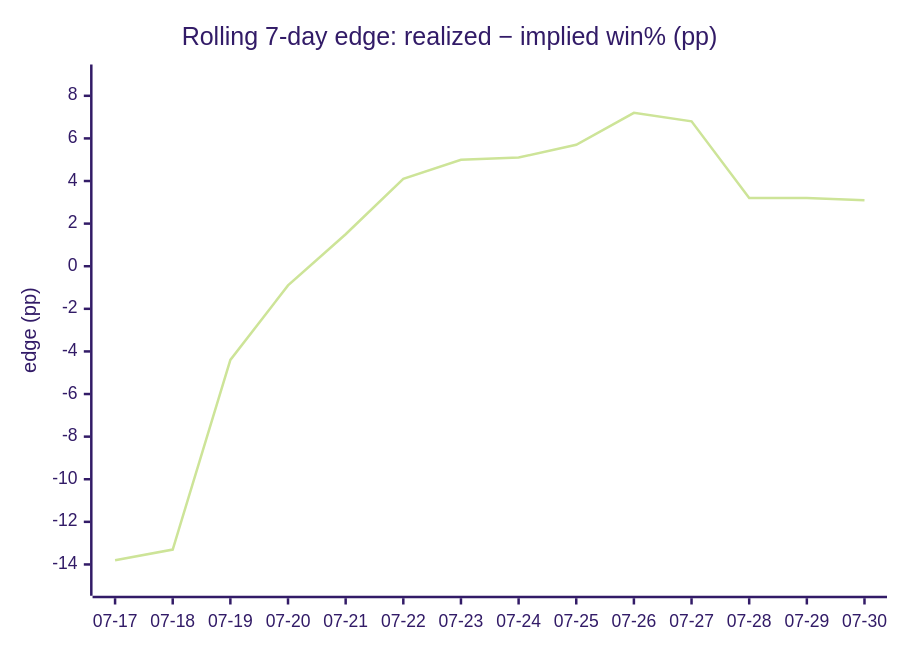
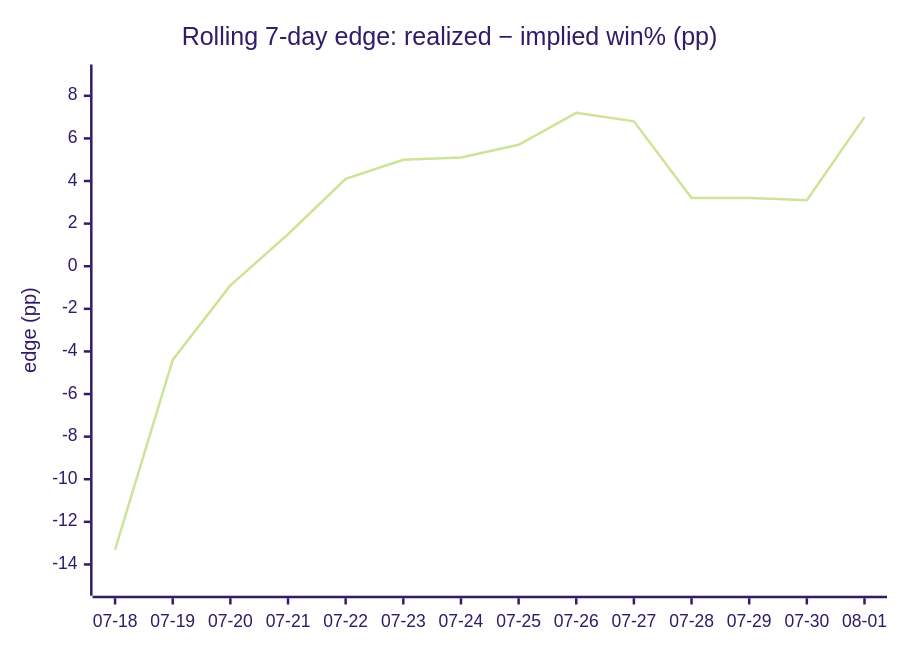
The fourth of 4 diagrams in DAILY_AGSU_REPORT.md (dpk1212/nhl-savant), drawn with Mermaid (forest theme) before and after one commit. The commit also changed other lines of this file, not shown here.

````diff
--- a/DAILY_AGSU_REPORT.md
+++ b/DAILY_AGSU_REPORT.md
@@ -696,7 +730,7 @@
 ```mermaid
 xychart-beta
     title "Rolling 7-day edge: realized − implied win% (pp)"
-    x-axis ["07-17", "07-18", "07-19", "07-20", "07-21", "07-22", "07-23", "07-24", "07-25", "07-26", "07-27", "07-28", "07-29", "07-30"]
+    x-axis ["07-18", "07-19", "07-20", "07-21", "07-22", "07-23", "07-24", "07-25", "07-26", "07-27", "07-28", "07-29", "07-30", "08-01"]
     y-axis "edge (pp)" -15 --> 9
-    line [-13.8, -13.3, -4.4, -0.9, 1.5, 4.1, 5, 5.1, 5.7, 7.2, 6.8, 3.2, 3.2, 3.1]
+    line [-13.3, -4.4, -0.9, 1.5, 4.1, 5, 5.1, 5.7, 7.2, 6.8, 3.2, 3.2, 3.1, 7]
 ```
````
